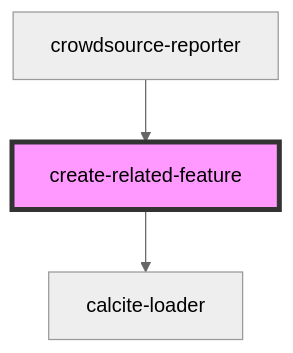
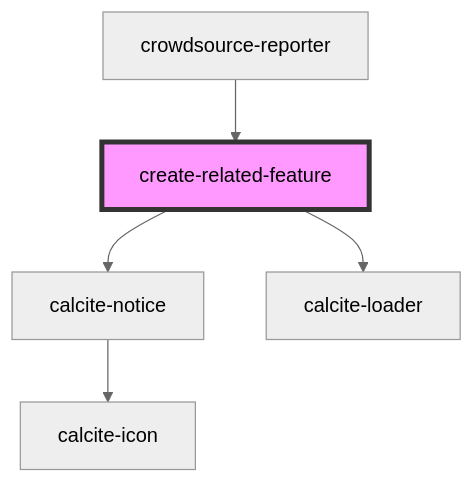
The diagram in src/components/create-related-feature/readme.md (Esri/solutions-components), drawn with Mermaid (neutral theme) before and after one commit. The commit also changed other lines of this file and 8 other files, not shown here.

````diff
--- a/src/components/create-related-feature/readme.md
+++ b/src/components/create-related-feature/readme.md
@@ -62,6 +64,8 @@
 ```mermaid
 graph TD;
+  create-related-feature --> calcite-notice
   create-related-feature --> calcite-loader
+  calcite-notice --> calcite-icon
   crowdsource-reporter --> create-related-feature
   style create-related-feature fill:#f9f,stroke:#333,stroke-width:4px
 ```
````
